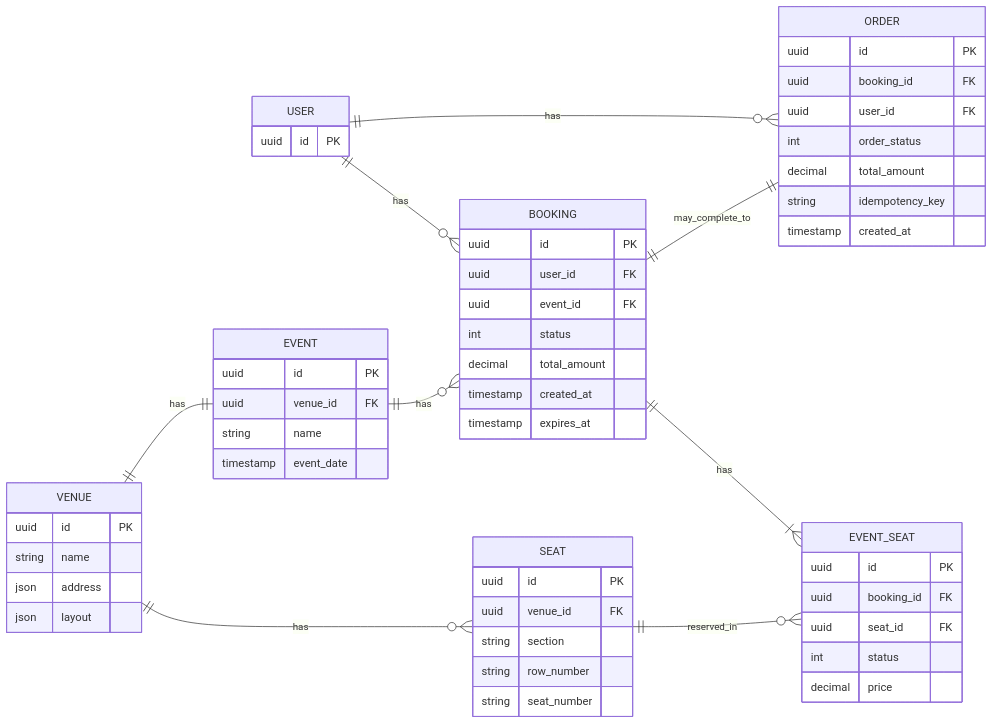
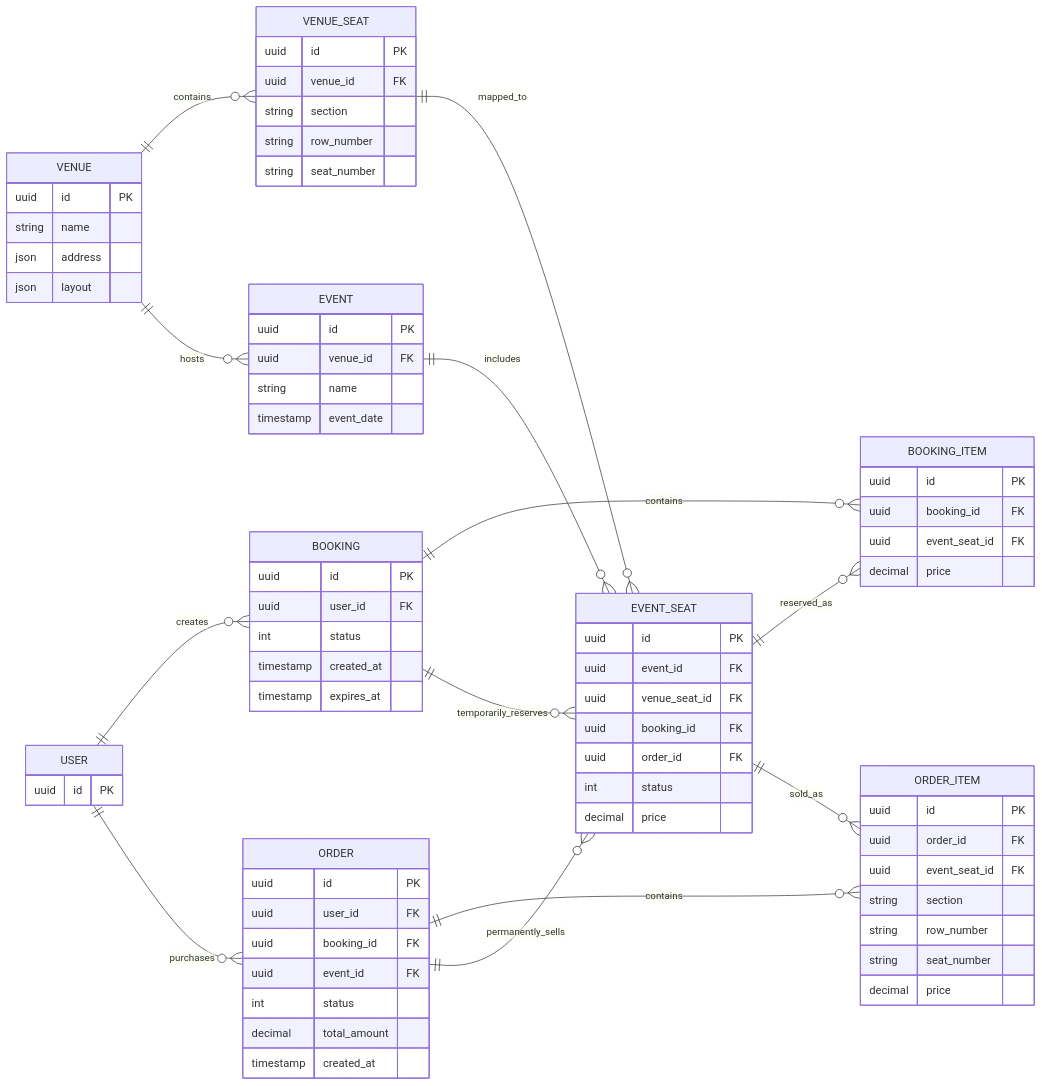
One commit to GeorgeD615/ticket-booking-service changed the first of 10 diagrams in dev-solution.md. Above: the diagram before and after it, drawn with Mermaid. The commit also changed other lines of this file, not shown here.

````diff
--- a/dev-solution.md
+++ b/dev-solution.md
@@ -185,63 +207,89 @@
     USER {
         uuid id PK
     }
-    
+
+    VENUE {
+        uuid id PK
+        string name
+        json address
+        json layout
+    }
+
+    VENUE_SEAT {
+        uuid id PK
+        uuid venue_id FK
+        string section
+        string row_number
+        string seat_number
+    }
+
     EVENT {
         uuid id PK
         uuid venue_id FK
         string name
         timestamp event_date
     }
-    
-    VENUE {
+
+    EVENT_SEAT {
         uuid id PK
-        string name
-        json address
-        json layout
+        uuid event_id FK
+        uuid venue_seat_id FK
+        uuid booking_id FK
+        uuid order_id FK
+        int status
+        decimal price
     }
-    
-    SEAT {
-        uuid id PK
-        uuid venue_id FK
-        string section
-        string row_number
-        string seat_number
-    }
-    
+
     BOOKING {
         uuid id PK
         uuid user_id FK
+        int status
+        timestamp created_at
+        timestamp expires_at
+    }
+
+    BOOKING_ITEM {
+        uuid id PK
+        uuid booking_id FK
+        uuid event_seat_id FK
+        decimal price
+    }
+
+    ORDER {
+        uuid id PK
+        uuid user_id FK
+        uuid booking_id FK
         uuid event_id FK
         int status
         decimal total_amount
         timestamp created_at
-        timestamp expires_at
     }
-    
-    EVENT_SEAT {
+
+    ORDER_ITEM {
         uuid id PK
-        uuid booking_id FK
-        uuid seat_id FK
-        int status
+        uuid order_id FK
+        uuid event_seat_id FK
+        string section
+        string row_number
+        string seat_number
         decimal price
     }
-    
-    ORDER {
-        uuid id PK
-        uuid booking_id FK
-        uuid user_id FK
-        int order_status
-        decimal total_amount
-        string idempotency_key
-        timestamp created_at
-    }
-    
-    EVENT ||--o{ BOOKING : "has"
-    USER ||--o{ BOOKING : "has"
-    USER ||--o{ ORDER : "has"
-    VENUE ||--o{ SEAT : "has"
-    VENUE ||--|| EVENT : "has"
-    BOOKING ||--|{ EVENT_SEAT : "has"
-    BOOKING ||--|| ORDER : "may_complete_to"
-    SEAT ||--o{ EVENT_SEAT : "reserved_in"
+
+    USER ||--o{ BOOKING : creates
+    USER ||--o{ ORDER : purchases
+
+    VENUE ||--o{ VENUE_SEAT : contains
+    VENUE ||--o{ EVENT : hosts
+
+    EVENT ||--o{ EVENT_SEAT : includes
+    VENUE_SEAT ||--o{ EVENT_SEAT : mapped_to
+
+    BOOKING ||--o{ BOOKING_ITEM : contains
+    EVENT_SEAT ||--o{ BOOKING_ITEM : reserved_as
+
+    ORDER ||--o{ ORDER_ITEM : contains
+    EVENT_SEAT ||--o{ ORDER_ITEM : sold_as
+
+    BOOKING ||--o{ EVENT_SEAT : temporarily_reserves
+    ORDER ||--o{ EVENT_SEAT : permanently_sells
 ```
````
